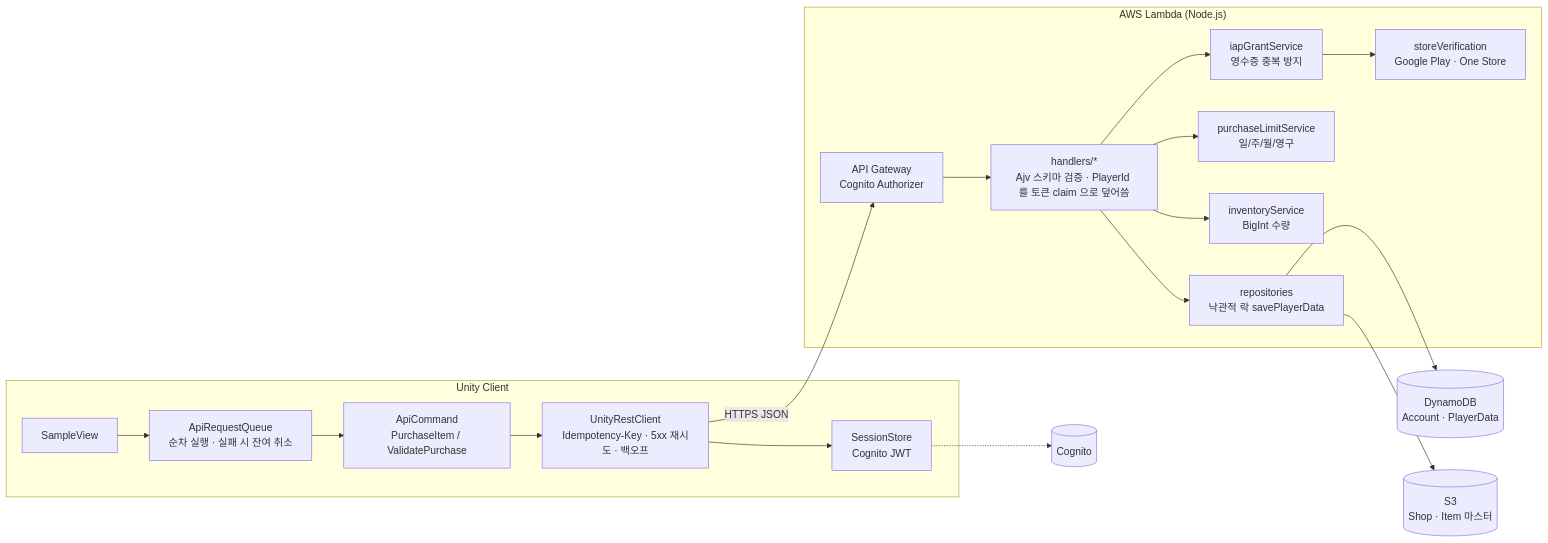
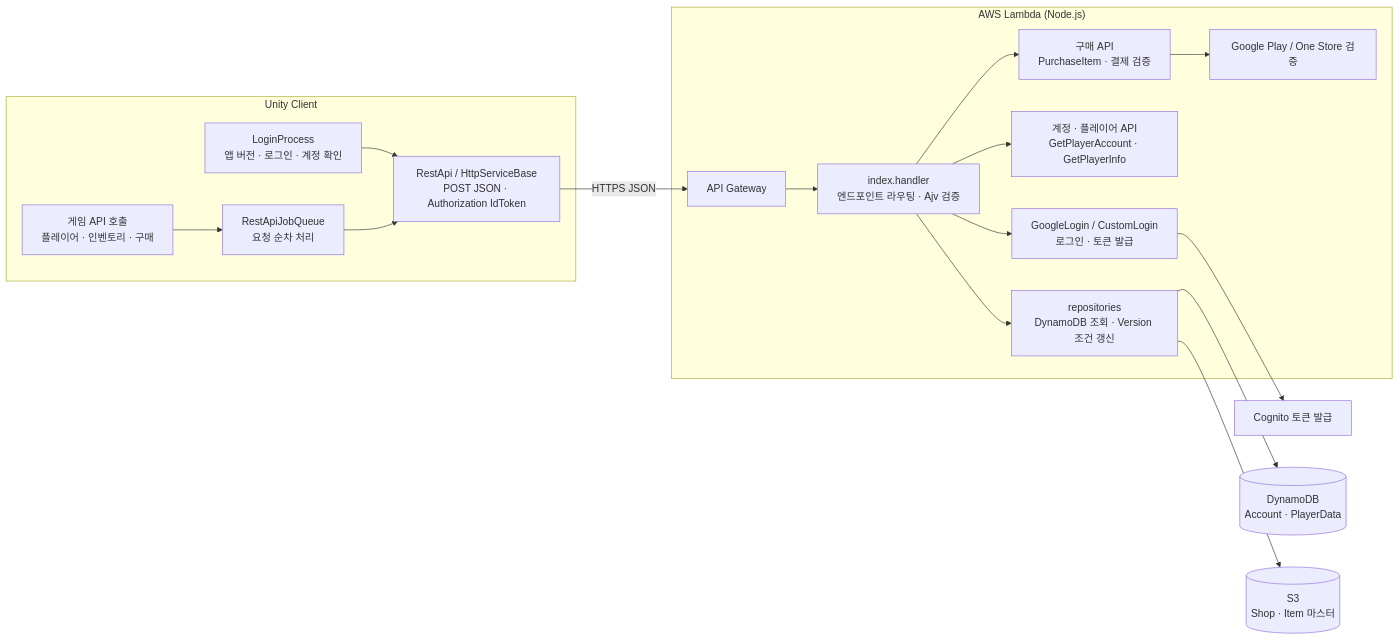
The diagram in README.md (jhp8869/unity-aws-rest-api-sample), drawn with Mermaid before and after one commit. The commit also changed 1 other file, not shown here.

Commit message:
docs: align architecture diagram with MiningWarrior

````diff
--- a/README.md
+++ b/README.md
@@ -33,24 +33,24 @@
 ```mermaid
 flowchart LR
     subgraph Unity["Unity Client"]
-        View[SampleView] --> Q[ApiRequestQueue<br/>순차 실행 · 실패 시 잔여 취소]
-        Q --> Cmd[ApiCommand<br/>PurchaseItem / ValidatePurchase]
-        Cmd --> Rest[UnityRestClient<br/>Idempotency-Key · 5xx 재시도 · 백오프]
-        Rest --> Sess[SessionStore<br/>Cognito JWT]
+        Login[LoginProcess<br/>앱 버전 · 로그인 · 계정 확인]
+        Login --> Rest[RestApi / HttpServiceBase<br/>POST JSON · Authorization IdToken]
+        Queue[RestApiJobQueue<br/>요청 순차 처리] --> Rest
+        Game[게임 API 호출<br/>플레이어 · 인벤토리 · 구매] --> Queue
     end
 
-    Rest -- "HTTPS JSON" --> GW[API Gateway<br/>Cognito Authorizer]
+    Rest -- "HTTPS JSON" --> GW[API Gateway]
 
     subgraph AWS["AWS Lambda (Node.js)"]
-        GW --> H[handlers/*<br/>Ajv 스키마 검증 · PlayerId 를 토큰 claim 으로 덮어씀]
-        H --> Grant[iapGrantService<br/>영수증 중복 방지]
-        H --> Limit[purchaseLimitService<br/>일/주/월/영구]
-        H --> Inv[inventoryService<br/>BigInt 수량]
-        Grant --> Store[storeVerification<br/>Google Play · One Store]
-        H --> Repo[repositories<br/>낙관적 락 savePlayerData]
+        GW --> Index[index.handler<br/>엔드포인트 라우팅 · Ajv 검증]
+        Index --> Auth[GoogleLogin / CustomLogin<br/>로그인 · 토큰 발급]
+        Index --> Account[계정 · 플레이어 API<br/>GetPlayerAccount · GetPlayerInfo]
+        Index --> Purchase[구매 API<br/>PurchaseItem · 결제 검증]
+        Purchase --> Store[Google Play / One Store 검증]
+        Index --> Repo[repositories<br/>DynamoDB 조회 · Version 조건 갱신]
     end
 
+    Auth --> Cognito[Cognito 토큰 발급]
     Repo --> DDB[(DynamoDB<br/>Account · PlayerData)]
     Repo --> S3[(S3<br/>Shop · Item 마스터)]
-    Sess -.-> Cognito[(Cognito)]
 ```
````
